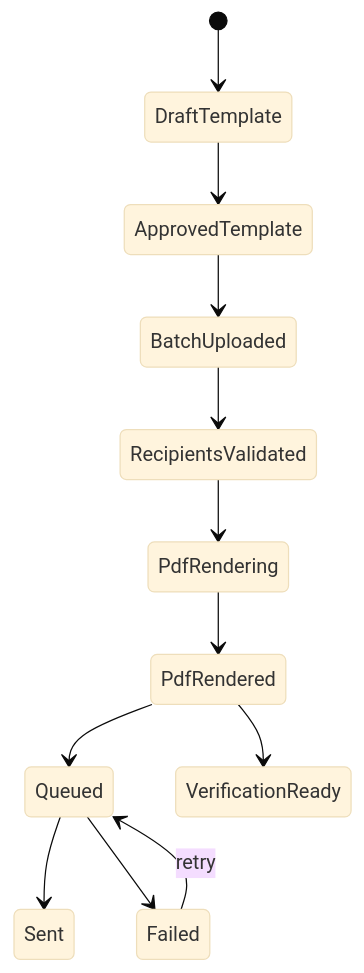
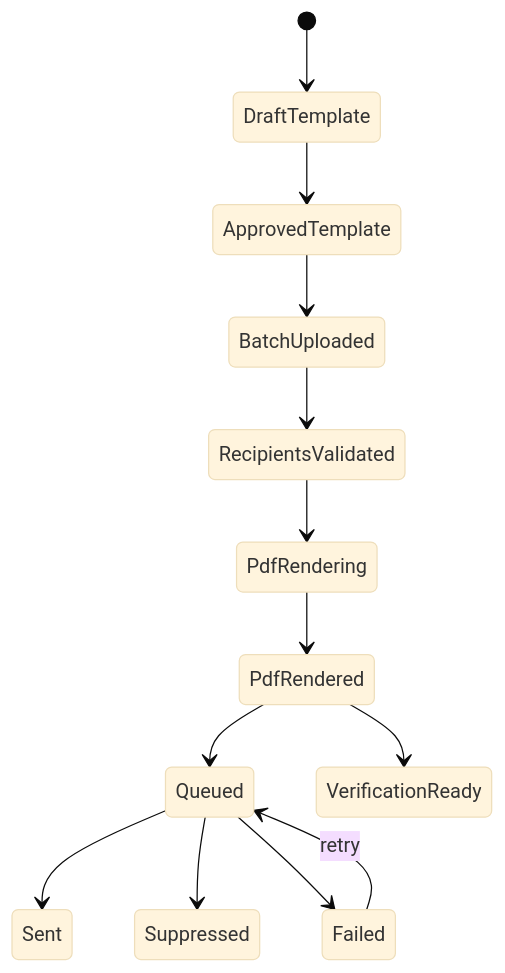
Before and after one commit to musaabhasan/multilingual-certificate-issuer: the diagram in docs/database-design.md, drawn with Mermaid (base theme). The commit also changed other lines of this file and 5 other files, not shown here.

````diff
--- a/docs/database-design.md
+++ b/docs/database-design.md
@@ -36,14 +37,15 @@
 ```mermaid
 stateDiagram-v2
     [*] --> DraftTemplate
     DraftTemplate --> ApprovedTemplate
     ApprovedTemplate --> BatchUploaded
     BatchUploaded --> RecipientsValidated
     RecipientsValidated --> PdfRendering
     PdfRendering --> PdfRendered
     PdfRendered --> Queued
     PdfRendered --> VerificationReady
     Queued --> Sent
+    Queued --> Suppressed
     Queued --> Failed
     Failed --> Queued: retry
 ```
````
